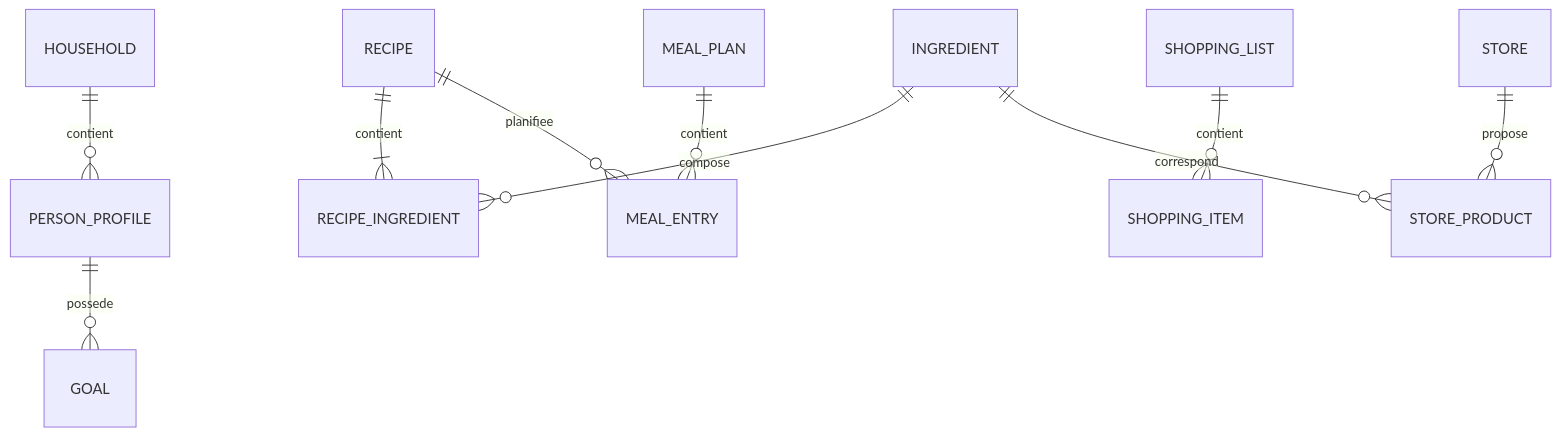
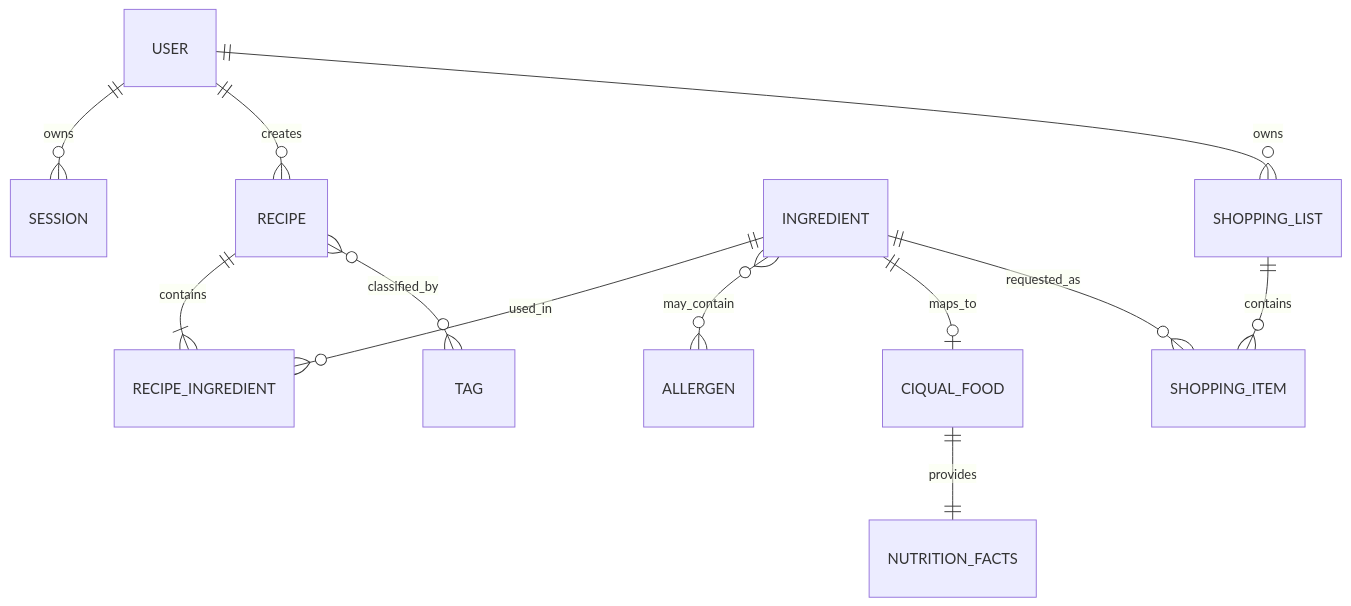
Before and after one commit to Amine845/Processus-du-developpement-logiciel: the diagram in docs/architecture/domain-model.md, drawn with Mermaid. The commit also changed other lines of this file and 31 other files, not shown here.

Commit message:
docs(project): align scope and architecture with PO feedback

````diff
--- a/docs/architecture/domain-model.md
+++ b/docs/architecture/domain-model.md
@@ -36,12 +25,14 @@
 ```mermaid
 erDiagram
-    HOUSEHOLD ||--o{ PERSON_PROFILE : contient
-    PERSON_PROFILE ||--o{ GOAL : possede
-    RECIPE ||--|{ RECIPE_INGREDIENT : contient
-    INGREDIENT ||--o{ RECIPE_INGREDIENT : compose
-    MEAL_PLAN ||--o{ MEAL_ENTRY : contient
-    RECIPE ||--o{ MEAL_ENTRY : planifiee
-    SHOPPING_LIST ||--o{ SHOPPING_ITEM : contient
-    STORE ||--o{ STORE_PRODUCT : propose
-    INGREDIENT ||--o{ STORE_PRODUCT : correspond
+    USER ||--o{ SESSION : owns
+    USER ||--o{ RECIPE : creates
+    RECIPE ||--|{ RECIPE_INGREDIENT : contains
+    INGREDIENT ||--o{ RECIPE_INGREDIENT : used_in
+    RECIPE }o--o{ TAG : classified_by
+    INGREDIENT }o--o{ ALLERGEN : may_contain
+    INGREDIENT ||--o| CIQUAL_FOOD : maps_to
+    CIQUAL_FOOD ||--|| NUTRITION_FACTS : provides
+    USER ||--o{ SHOPPING_LIST : owns
+    SHOPPING_LIST ||--o{ SHOPPING_ITEM : contains
+    INGREDIENT ||--o{ SHOPPING_ITEM : requested_as
 ```
````
